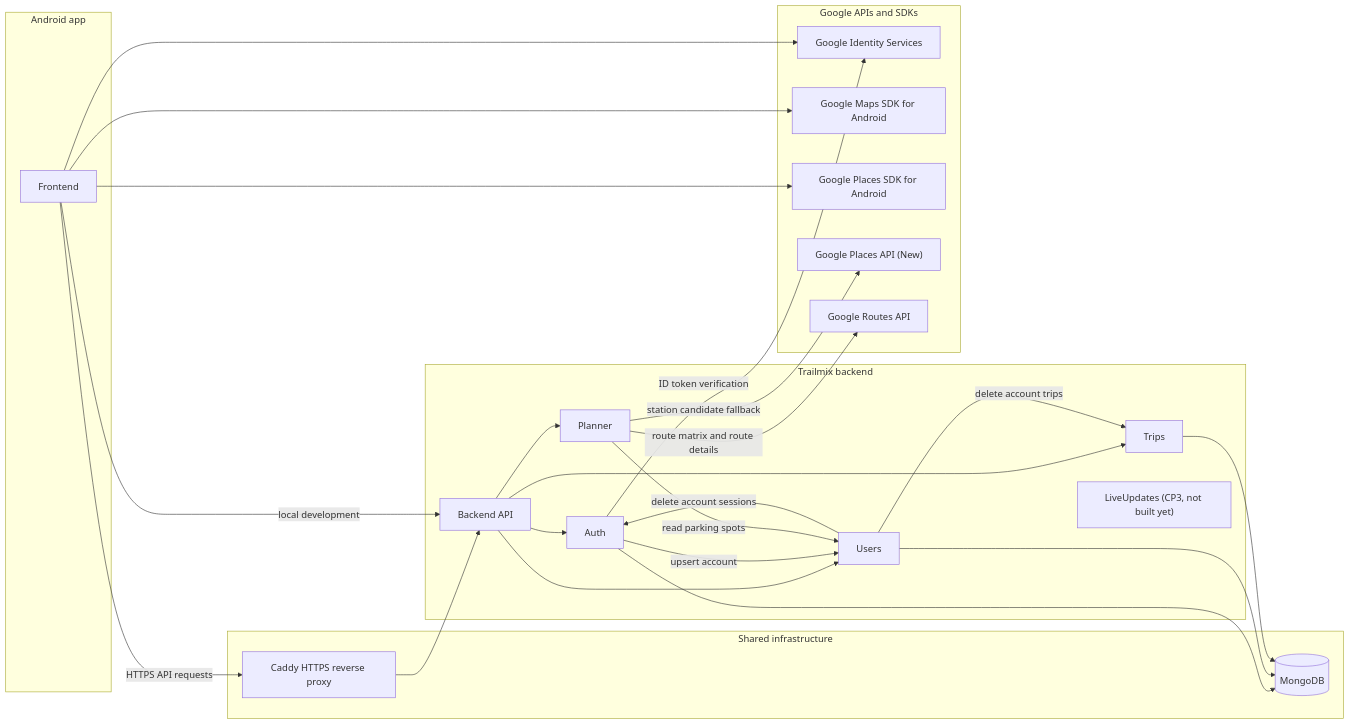
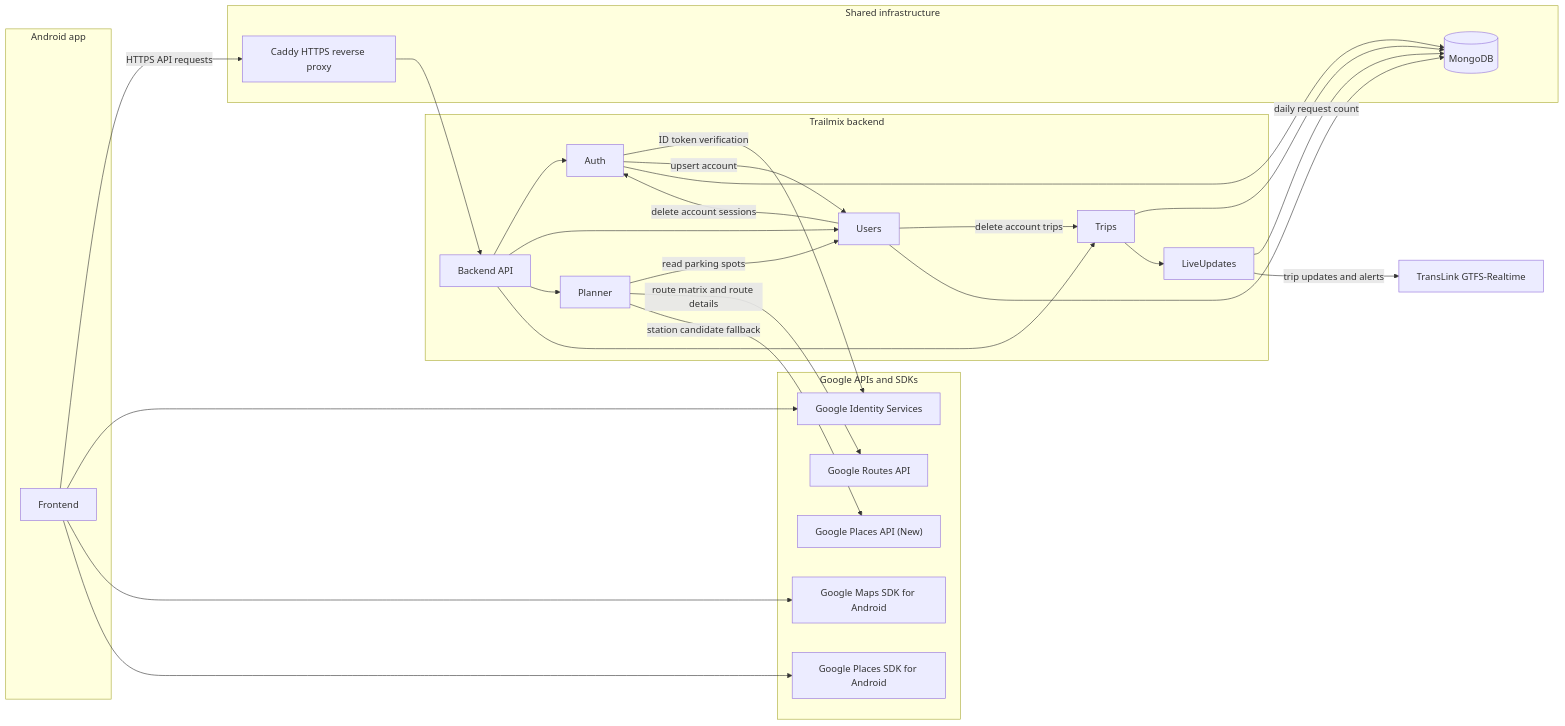
Before and after one commit to adamdeleeuw/trailmix: the first of 6 diagrams in documentation/Requirements_and_Design.md, drawn with Mermaid. The commit also changed other lines of this file, not shown here.

Commit message:
Docs: address CP2 feedback (use cases, NFR 2, dependency and sequence diagrams, live updates)

````diff
--- a/documentation/Requirements_and_Design.md
+++ b/documentation/Requirements_and_Design.md
@@ -426,50 +438,54 @@
 ```mermaid
 flowchart LR
     subgraph Android[Android app]
         Frontend[Frontend]
     end
 
     subgraph Backend[Trailmix backend]
         BackendAPI[Backend API]
         Auth[Auth]
         Users[Users]
         Planner[Planner]
         Trips[Trips]
-        LiveUpdates["LiveUpdates (CP3, not built yet)"]
+        LiveUpdates[LiveUpdates]
     end
 
     subgraph Platform[Shared infrastructure]
         Proxy[Caddy HTTPS reverse proxy]
         Database[(MongoDB)]
     end
 
     subgraph Google[Google APIs and SDKs]
         Identity[Google Identity Services]
         Maps[Google Maps SDK for Android]
         PlacesSDK[Google Places SDK for Android]
         PlacesAPI["Google Places API (New)"]
         Routes[Google Routes API]
     end
 
+    TransLink[TransLink GTFS-Realtime]
+
     Frontend -->|HTTPS API requests| Proxy
-    Frontend -->|local development| BackendAPI
     Proxy --> BackendAPI
     BackendAPI --> Auth
     BackendAPI --> Users
     BackendAPI --> Planner
     BackendAPI --> Trips
 
     Frontend --> Identity
     Frontend --> Maps
     Frontend --> PlacesSDK
     Auth -->|ID token verification| Identity
     Auth -->|upsert account| Users
     Users -->|delete account sessions| Auth
     Users -->|delete account trips| Trips
     Planner -->|read parking spots| Users
     Auth --> Database
     Users --> Database
     Trips --> Database
     Planner -->|route matrix and route details| Routes
     Planner -->|station candidate fallback| PlacesAPI
+    Trips --> LiveUpdates
+    LiveUpdates -->|daily request count| Database
+    LiveUpdates -->|trip updates and alerts| TransLink
 ```
````
